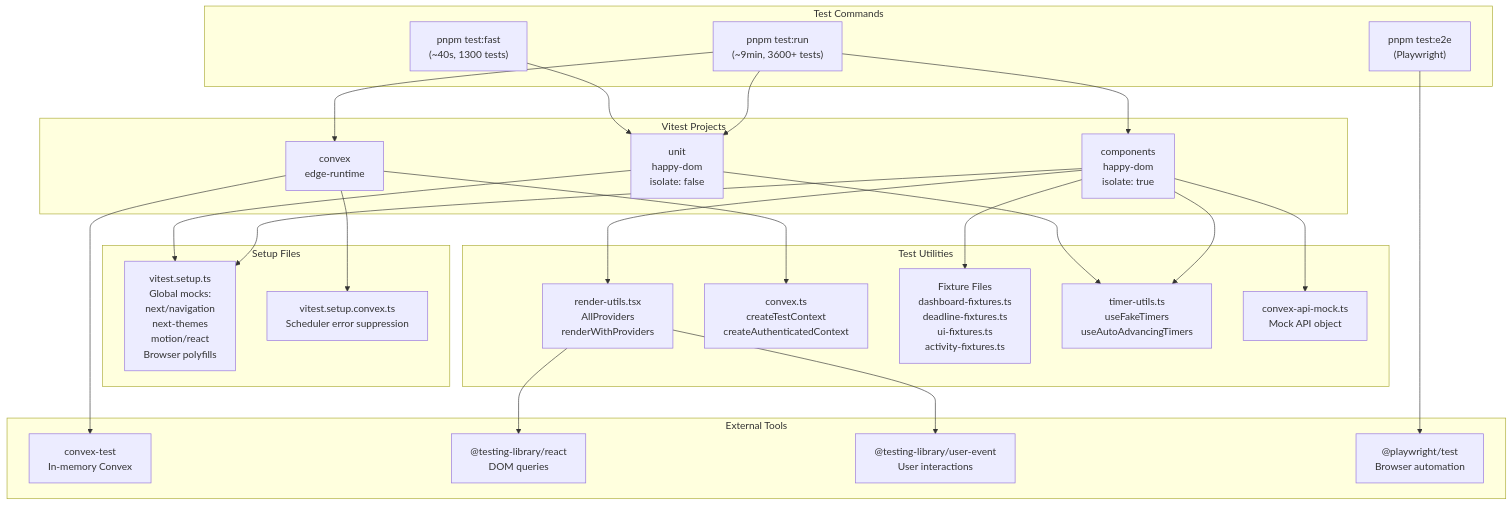
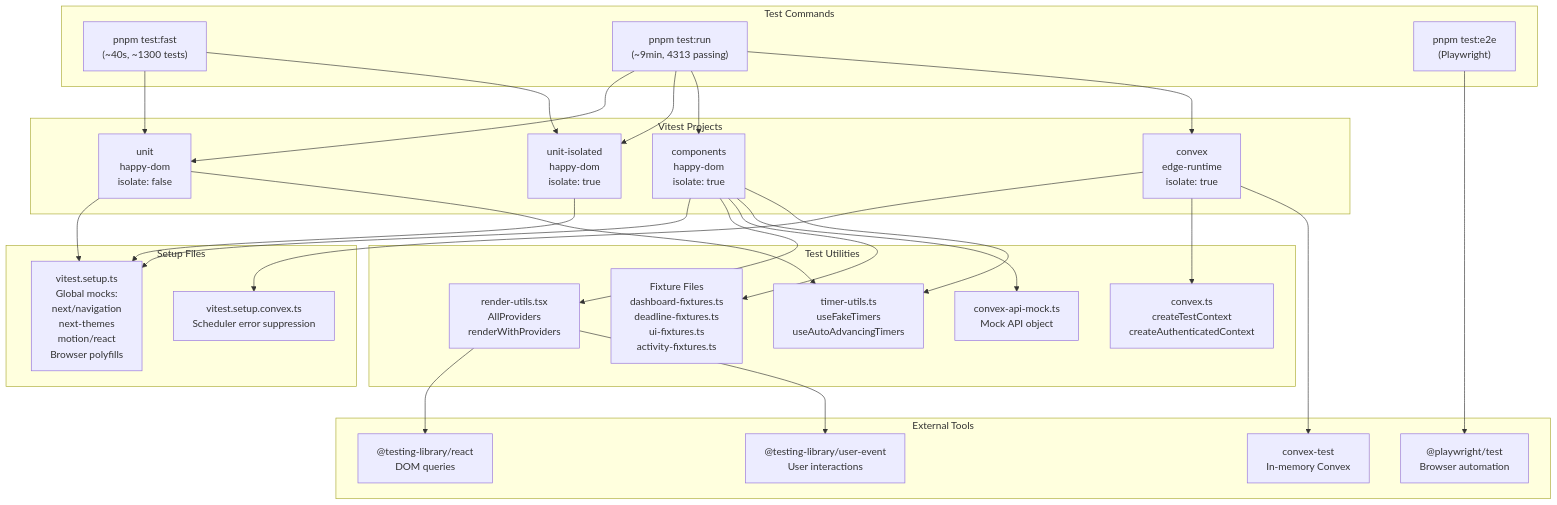
Before and after one commit to adamjali/perm: the diagram in .planning/codebase/TESTING.md, drawn with Mermaid. The commit also changed other lines of this file and 30 other files, not shown here.

````diff
--- a/.planning/codebase/TESTING.md
+++ b/.planning/codebase/TESTING.md
@@ -744,53 +748,55 @@
 ```mermaid
 graph TB
     subgraph "Test Commands"
-        Fast["pnpm test:fast<br/>(~40s, 1300 tests)"]
-        Full["pnpm test:run<br/>(~9min, 3600+ tests)"]
+        Fast["pnpm test:fast<br/>(~40s, ~1300 tests)"]
+        Full["pnpm test:run<br/>(~9min, 4313 passing)"]
         E2E["pnpm test:e2e<br/>(Playwright)"]
     end
 
     subgraph "Vitest Projects"
         Unit["unit<br/>happy-dom<br/>isolate: false"]
+        UnitIso["unit-isolated<br/>happy-dom<br/>isolate: true"]
         Components["components<br/>happy-dom<br/>isolate: true"]
-        Convex["convex<br/>edge-runtime"]
+        Convex["convex<br/>edge-runtime<br/>isolate: true"]
     end
 
     subgraph "Setup Files"
         SetupTS["vitest.setup.ts<br/>Global mocks:<br/>next/navigation<br/>next-themes<br/>motion/react<br/>Browser polyfills"]
         SetupConvex["vitest.setup.convex.ts<br/>Scheduler error suppression"]
     end
 
     subgraph "Test Utilities"
         RenderUtils["render-utils.tsx<br/>AllProviders<br/>renderWithProviders"]
         ConvexUtils["convex.ts<br/>createTestContext<br/>createAuthenticatedContext"]
         Fixtures["Fixture Files<br/>dashboard-fixtures.ts<br/>deadline-fixtures.ts<br/>ui-fixtures.ts<br/>activity-fixtures.ts"]
         TimerUtils["timer-utils.ts<br/>useFakeTimers<br/>useAutoAdvancingTimers"]
         ApiMock["convex-api-mock.ts<br/>Mock API object"]
     end
 
     subgraph "External Tools"
         ConvexTest["convex-test<br/>In-memory Convex"]
         RTL["@testing-library/react<br/>DOM queries"]
         UserEvent["@testing-library/user-event<br/>User interactions"]
         Playwright["@playwright/test<br/>Browser automation"]
     end
 
-    Fast --> Unit
-    Full --> Unit & Components & Convex
+    Fast --> Unit & UnitIso
+    Full --> Unit & UnitIso & Components & Convex
     E2E --> Playwright
 
     Unit --> SetupTS
+    UnitIso --> SetupTS
     Components --> SetupTS
     Convex --> SetupConvex
 
     Components --> RenderUtils
     Components --> Fixtures
     Components --> ApiMock
     Convex --> ConvexUtils
     Convex --> ConvexTest
     Unit --> TimerUtils
     Components --> TimerUtils
 
     RenderUtils --> RTL
     RenderUtils --> UserEvent
 ```
````
